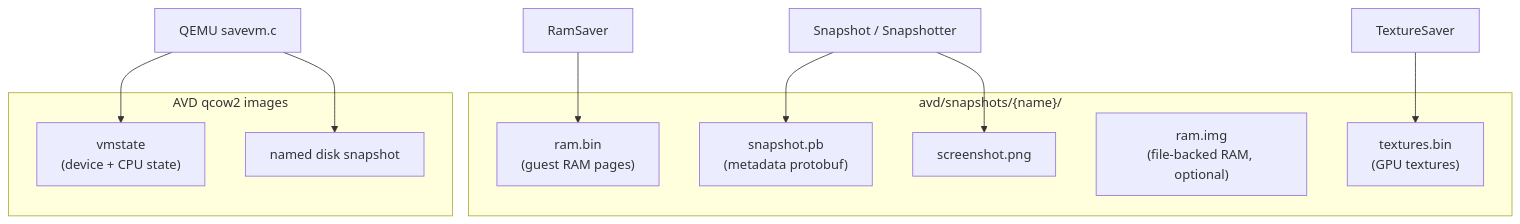
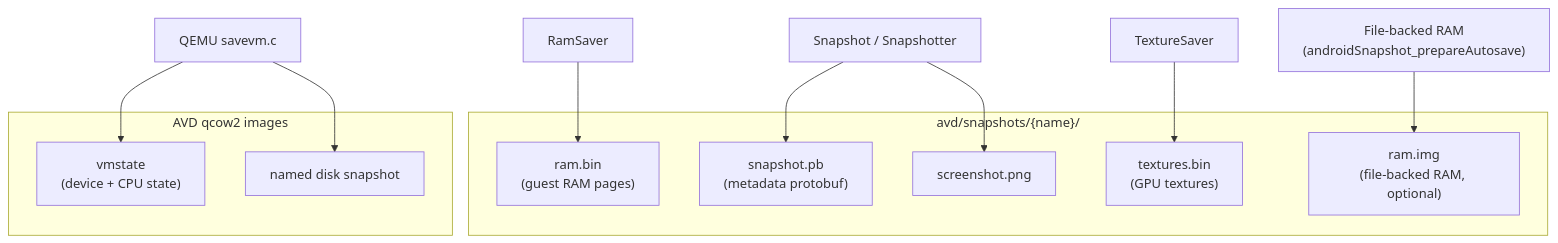
One commit to aospbooks/android-emulator-internal-book changed the first of 6 diagrams in 09-snapshots-and-quickboot.md. Above: the diagram before and after it, drawn with Mermaid. The commit also changed other lines of this file and 31 other files, not shown here.

````diff
--- a/09-snapshots-and-quickboot.md
+++ b/09-snapshots-and-quickboot.md
@@ -37,20 +37,21 @@
 ```mermaid
 flowchart TB
     subgraph DIR["avd/snapshots/{name}/"]
         PB["snapshot.pb<br/>(metadata protobuf)"]
         RAM["ram.bin<br/>(guest RAM pages)"]
         TEX["textures.bin<br/>(GPU textures)"]
         IMG["ram.img<br/>(file-backed RAM, optional)"]
         SS["screenshot.png"]
     end
     subgraph QCOW["AVD qcow2 images"]
         VMS["vmstate<br/>(device + CPU state)"]
         DISK["named disk snapshot"]
     end
     SNAP["Snapshot / Snapshotter"] --> PB
     RS["RamSaver"] --> RAM
     TS["TextureSaver"] --> TEX
+    FB["File-backed RAM<br/>(androidSnapshot_prepareAutosave)"] --> IMG
     SAVEVM["QEMU savevm.c"] --> VMS
     SAVEVM --> DISK
     SNAP --> SS
 ```
````
